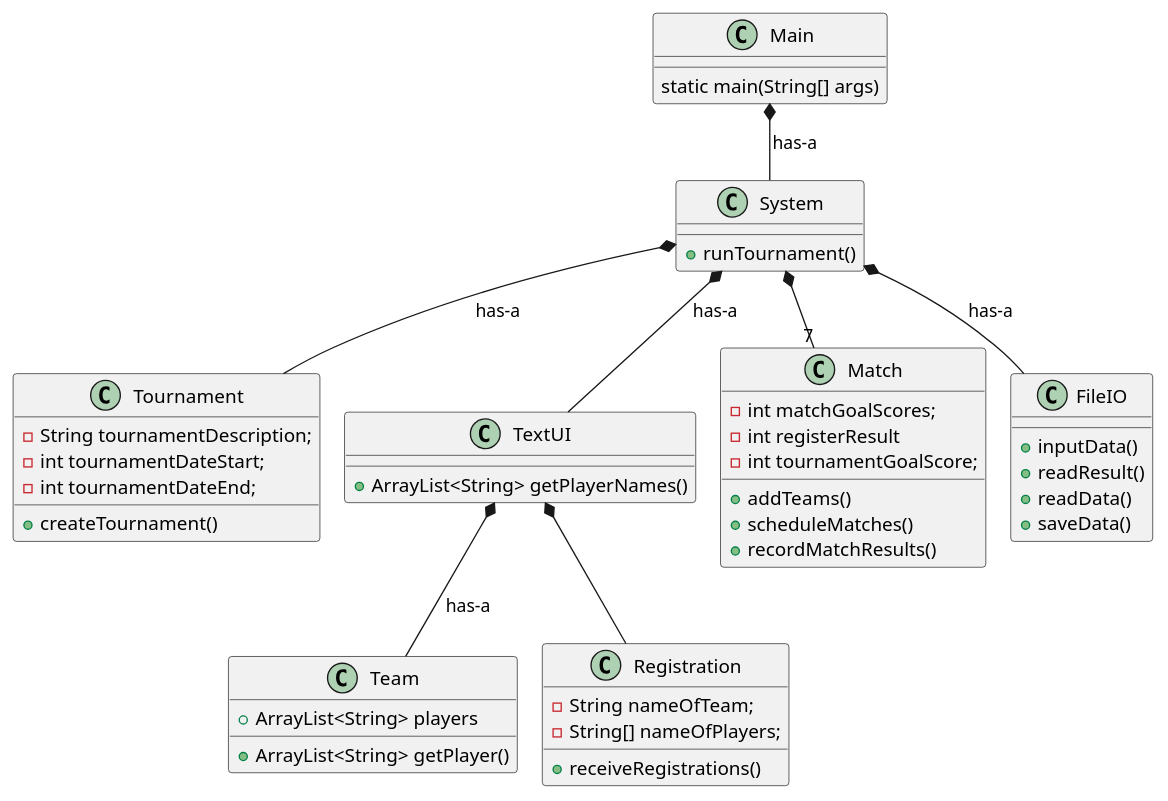
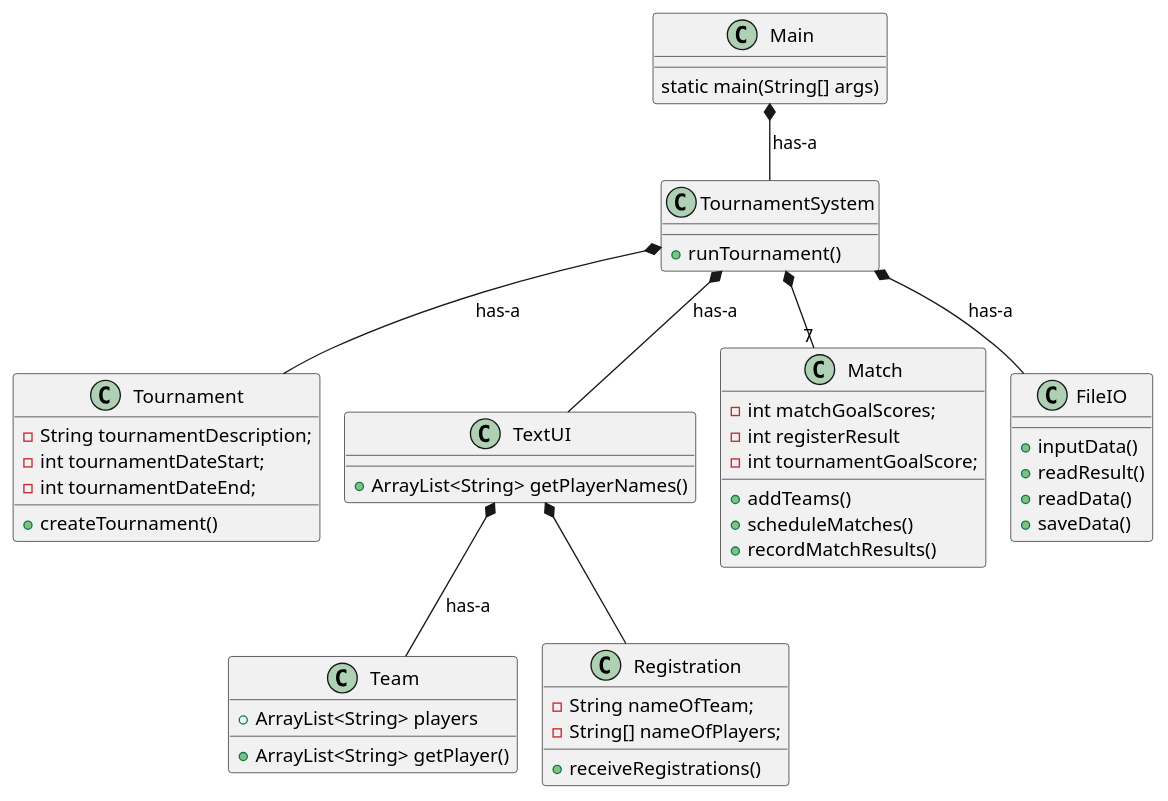
The diagram in Documentation/KlasseDiagram.puml (NikolajKaspersen/Tournament), drawn with PlantUML before and after one commit.

Commit message:
UpdateKlasse diagram

```diff
--- a/Documentation/KlasseDiagram.puml
+++ b/Documentation/KlasseDiagram.puml
@@ -1,69 +1,69 @@
 @startuml
 
 !pragma layout smetana
 
 class Main
 {
 static main(String[] args)
 }
 
-class System
+class TournamentSystem
 {
     +runTournament()
 }
 
 class Tournament
 {
     -String tournamentDescription;
     -int tournamentDateStart;
     -int tournamentDateEnd;
 
     +createTournament()
 }
 
 class TextUI
 {
 + ArrayList<String> getPlayerNames()
 }
 
 class Team
 {
     +ArrayList<String> players
 + ArrayList<String> getPlayer()
 }
 
 class Registration
 {
     -String nameOfTeam;
     -String[] nameOfPlayers;
 
     +receiveRegistrations()
 }
 
 class Match
 {
     -int matchGoalScores;
     - int registerResult
     - int tournamentGoalScore;
 
     +addTeams()
     +scheduleMatches()
     +recordMatchResults()
 }
 
 class FileIO
 {
     +inputData()
     +readResult()
     +readData()
     +saveData()
 }
-System *-- TextUI: has-a
+TournamentSystem *-- TextUI: has-a
 TextUI *-- Team: has-a
-System *-- Tournament: has-a
-System *-- FileIO: has-a
-Main *-- System: has-a
+TournamentSystem *-- Tournament: has-a
+TournamentSystem *-- FileIO: has-a
+Main *-- TournamentSystem: has-a
 TextUI *-- Registration
-System *-- "7"Match
+TournamentSystem *-- "7"Match
 
 @enduml
```
